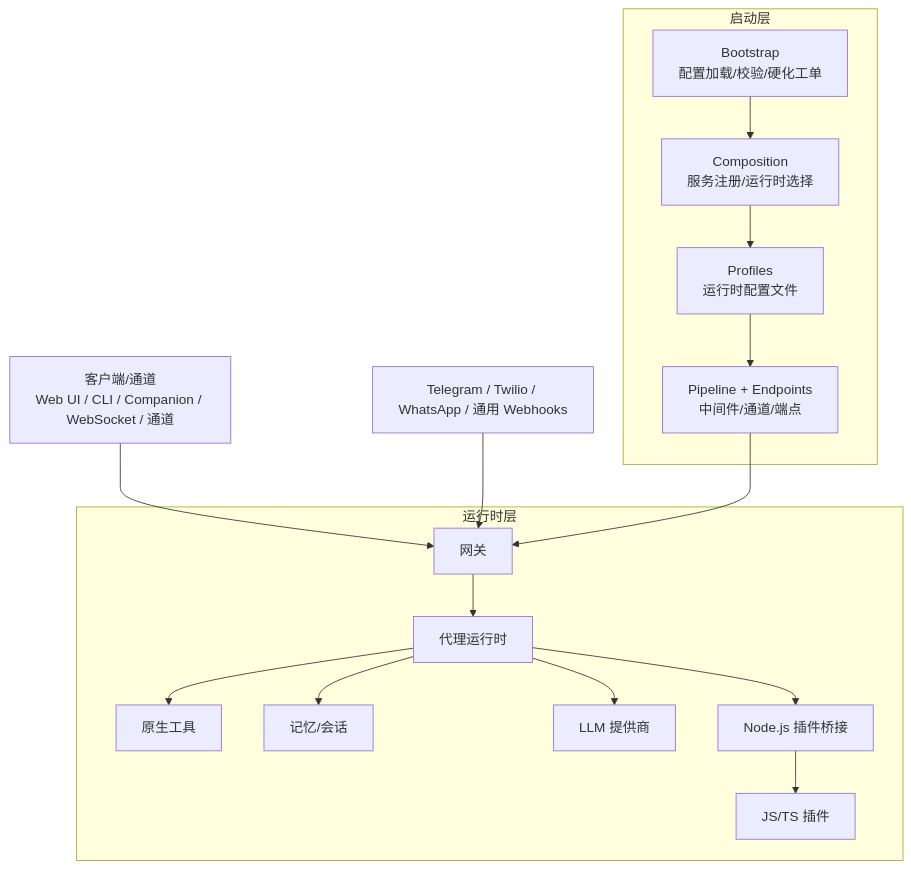
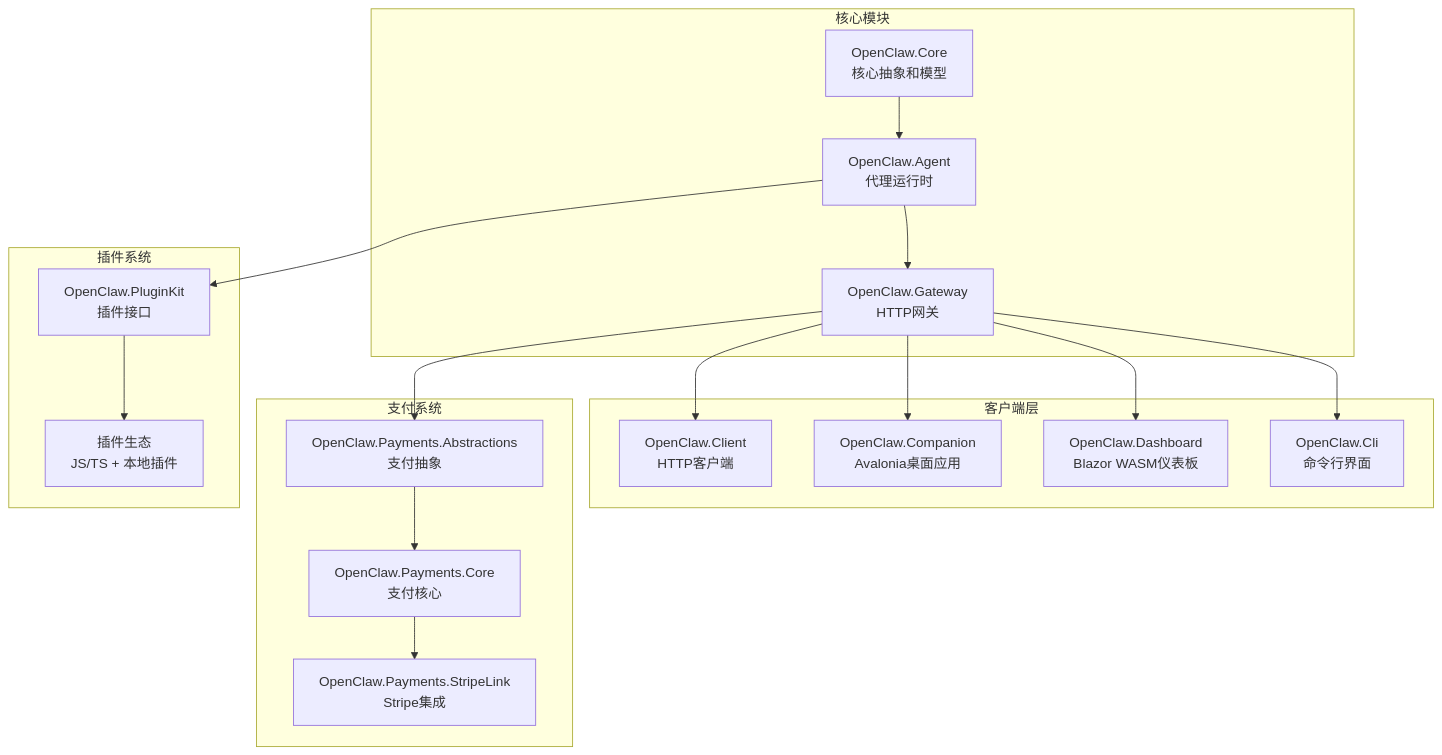
One commit to wayyet/kingcrab changed the first of 7 diagrams in .qoder/repowiki/zh/content/项目概述/项目概述.md. Above: the diagram before and after it, drawn with Mermaid. The commit also changed other lines of this file and 431 other files, not shown here.

````diff
--- a/.qoder/repowiki/zh/content/项目概述/项目概述.md
+++ b/.qoder/repowiki/zh/content/项目概述/项目概述.md
@@ -127,21 +50,34 @@
 ```mermaid
 graph TB
-Client["客户端/通道<br/>Web UI / CLI / Companion / WebSocket / 通道"] --> Gateway["网关"]
-Webhooks["Telegram / Twilio / WhatsApp / 通用 Webhooks"] --> Gateway
-subgraph "启动层"
-Bootstrap["Bootstrap<br/>配置加载/校验/硬化工单"]
-Composition["Composition<br/>服务注册/运行时选择"]
-Profiles["Profiles<br/>运行时配置文件"]
-Pipeline["Pipeline + Endpoints<br/>中间件/通道/端点"]
+subgraph "核心模块"
+Core[OpenClaw.Core<br/>核心抽象和模型]
+Agent[OpenClaw.Agent<br/>代理运行时]
+Gateway[OpenClaw.Gateway<br/>HTTP网关]
 end
-subgraph "运行时层"
-Gateway --> Agent["代理运行时"]
-Agent --> Tools["原生工具"]
-Agent --> Memory["记忆/会话"]
-Agent --> LLM["LLM 提供商"]
-Agent --> Bridge["Node.js 插件桥接"]
-Bridge --> JSPlugins["JS/TS 插件"]
+subgraph "客户端层"
+CLI[OpenClaw.Cli<br/>命令行界面]
+Dashboard[OpenClaw.Dashboard<br/>Blazor WASM仪表板]
+Companion[OpenClaw.Companion<br/>Avalonia桌面应用]
+Client[OpenClaw.Client<br/>HTTP客户端]
 end
-Bootstrap --> Composition --> Profiles --> Pipeline
-Pipeline --> Gateway
+subgraph "插件系统"
+PluginKit[OpenClaw.PluginKit<br/>插件接口]
+Plugins[插件生态<br/>JS/TS + 本地插件]
+end
+subgraph "支付系统"
+PaymentsAbstraction[OpenClaw.Payments.Abstractions<br/>支付抽象]
+PaymentsCore[OpenClaw.Payments.Core<br/>支付核心]
+PaymentsStripe[OpenClaw.Payments.StripeLink<br/>Stripe集成]
+end
+Core --> Agent
+Agent --> Gateway
+Gateway --> CLI
+Gateway --> Dashboard
+Gateway --> Companion
+Gateway --> Client
+Agent --> PluginKit
+PluginKit --> Plugins
+Gateway --> PaymentsAbstraction
+PaymentsAbstraction --> PaymentsCore
+PaymentsCore --> PaymentsStripe
 ```
````
